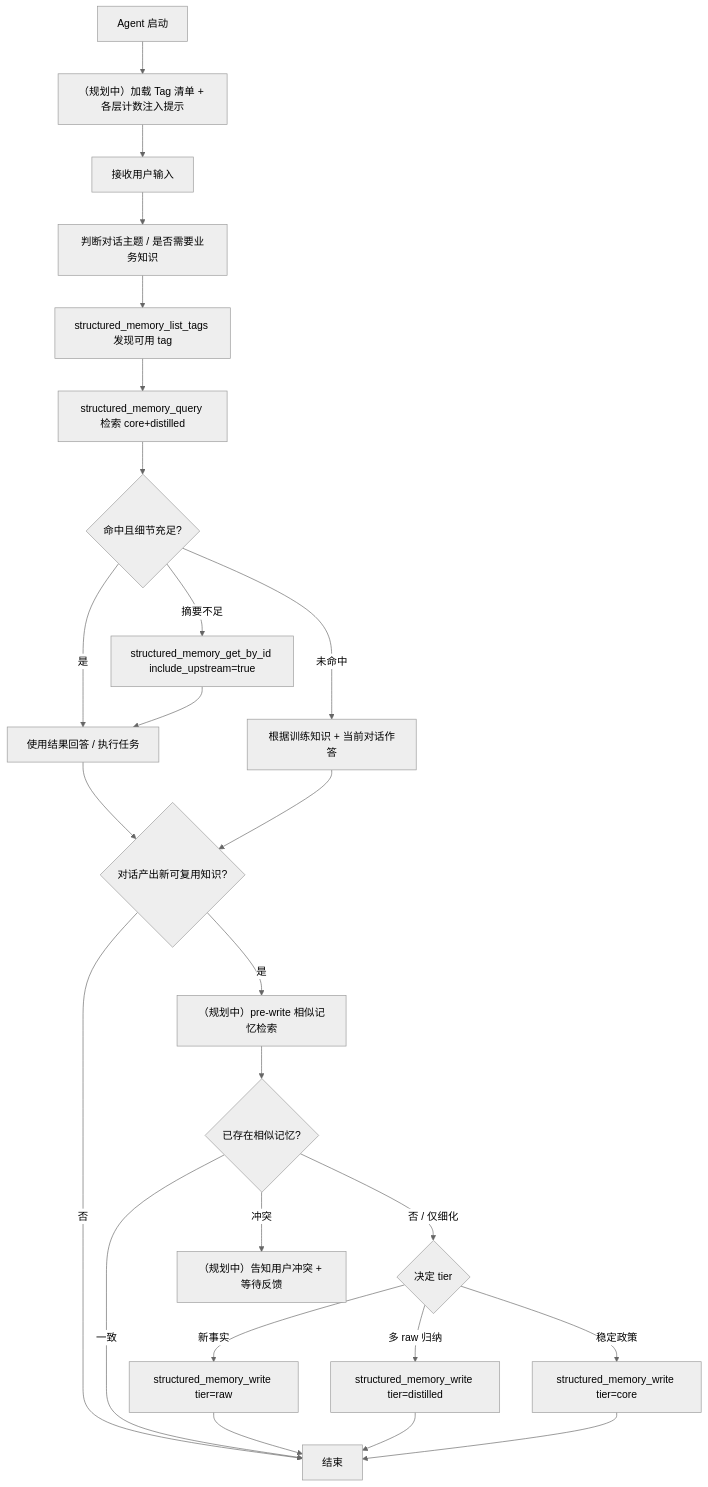
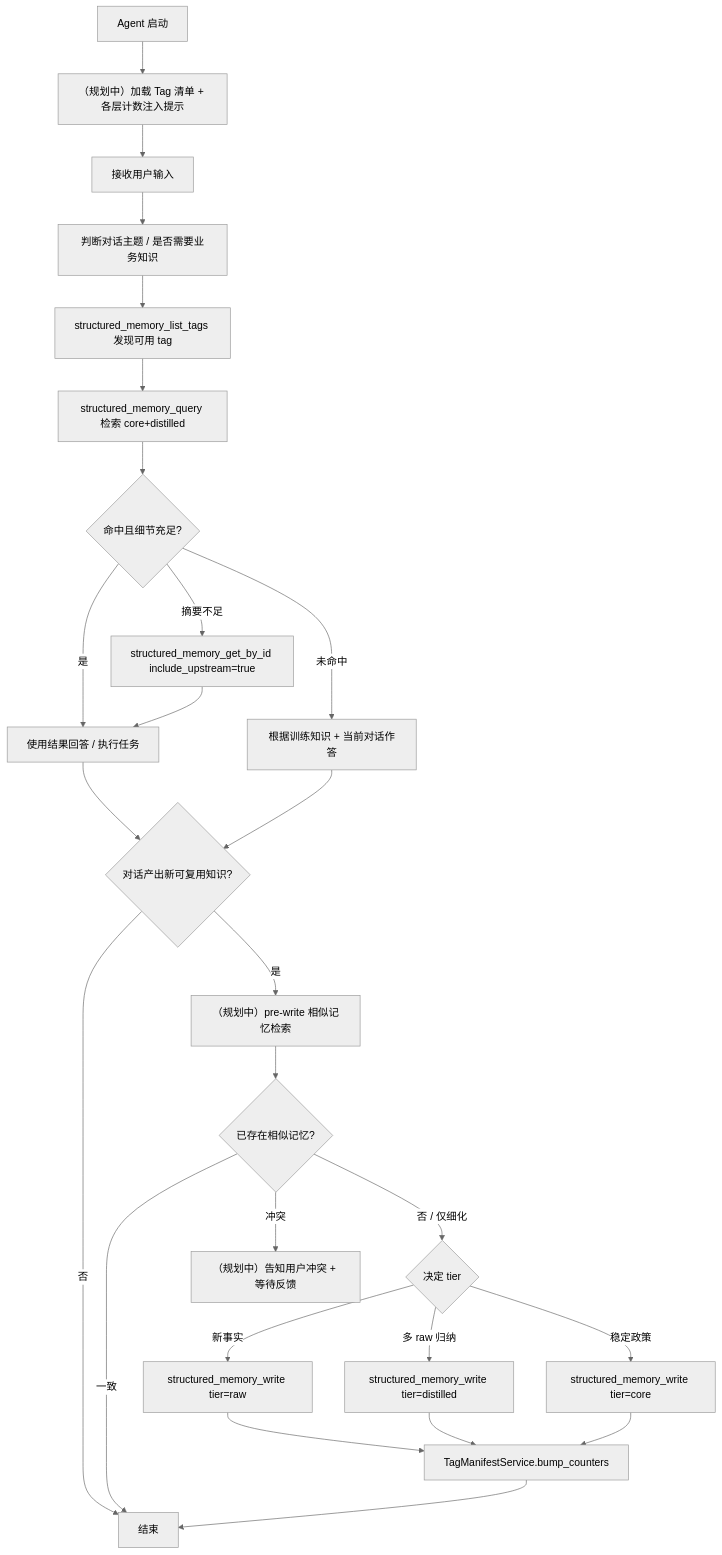
One commit to emperzz/data-copilot changed the diagram in backend/docs/STRUCTURED_MEMORY.md. Above: the diagram before and after it, drawn with Mermaid (neutral theme). The commit also changed 10 other files, not shown here.

````diff
--- a/backend/docs/STRUCTURED_MEMORY.md
+++ b/backend/docs/STRUCTURED_MEMORY.md
@@ -106,27 +106,28 @@
 ```mermaid
 flowchart TD
     A[Agent 启动] --> B[（规划中）加载 Tag 清单 + 各层计数注入提示]
     B --> C[接收用户输入]
     C --> D[判断对话主题 / 是否需要业务知识]
     D --> E[structured_memory_list_tags 发现可用 tag]
     E --> F[structured_memory_query 检索 core+distilled]
     F --> G{命中且细节充足?}
     G -- 是 --> H[使用结果回答 / 执行任务]
     G -- 摘要不足 --> I[structured_memory_get_by_id include_upstream=true]
     G -- 未命中 --> J[根据训练知识 + 当前对话作答]
     H --> K{对话产出新可复用知识?}
     I --> H
     J --> K
     K -- 否 --> Z[结束]
     K -- 是 --> L[（规划中）pre-write 相似记忆检索]
     L --> M{已存在相似记忆?}
     M -- 一致 --> Z
     M -- 冲突 --> N[（规划中）告知用户冲突 + 等待反馈]
     M -- 否 / 仅细化 --> O{决定 tier}
     O -- 新事实 --> P[structured_memory_write tier=raw]
     O -- 多 raw 归纳 --> Q[structured_memory_write tier=distilled]
     O -- 稳定政策 --> R[structured_memory_write tier=core]
-    P --> Z
-    Q --> Z
-    R --> Z
+    R --> Y[TagManifestService.bump_counters]
+    Q --> Y
+    P --> Y
+    Y --> Z
 ```
````
